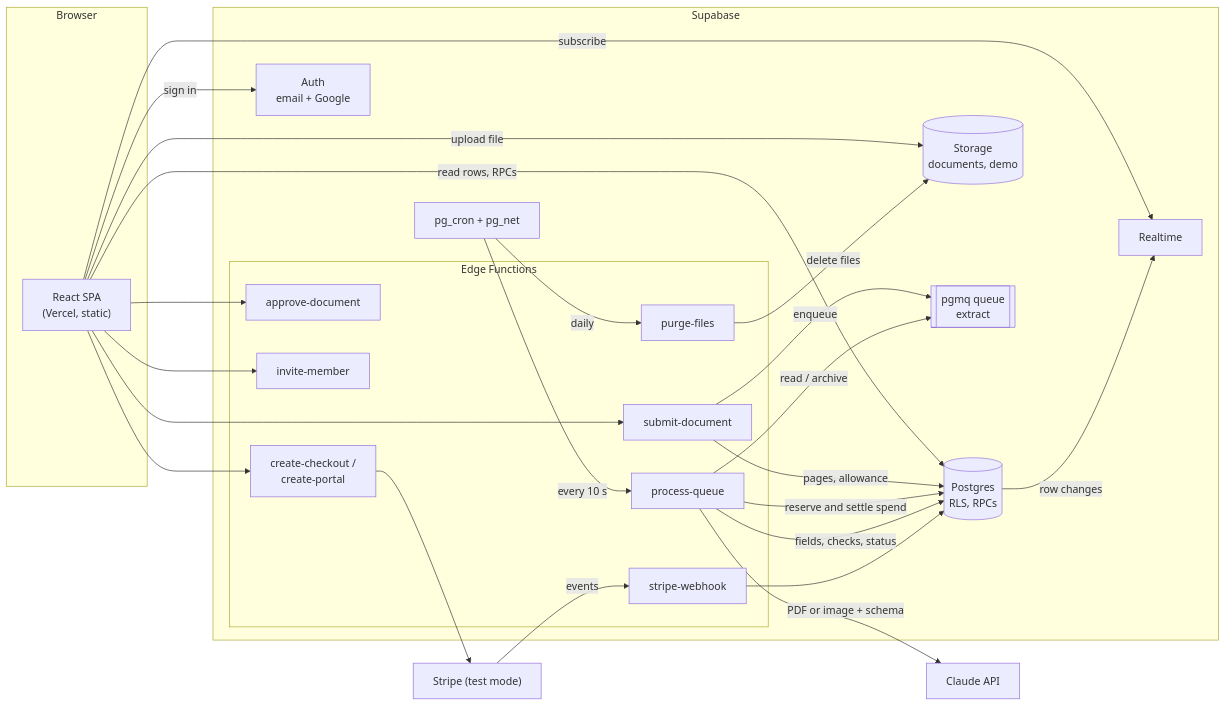
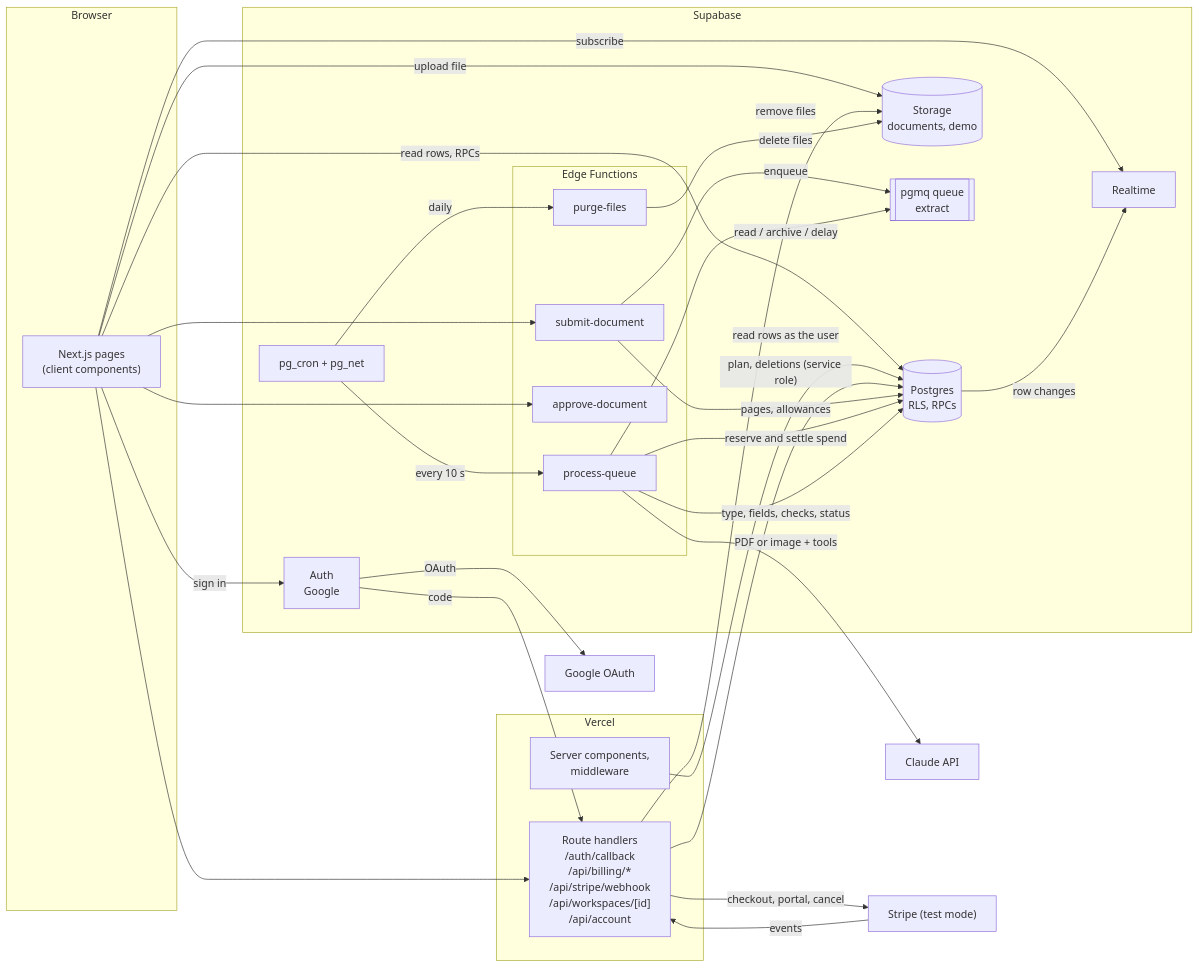
Before and after one commit to LucaFastDev/doc-extract: the first of 3 diagrams in docs/ARCHITECTURE.md, drawn with Mermaid. The commit also changed other lines of this file and 2 other files, not shown here.

First line of the commit message:
Apply the operator's answers of 2026-10-31 and move the stack to Next.js

````diff
--- a/docs/ARCHITECTURE.md
+++ b/docs/ARCHITECTURE.md
@@ -22,43 +27,50 @@
 ```mermaid
 flowchart LR
   subgraph Browser
-    SPA["React SPA<br/>(Vercel, static)"]
+    UI["Next.js pages<br/>(client components)"]
+  end
+  subgraph Vercel
+    SC["Server components,<br/>middleware"]
+    RH["Route handlers<br/>/auth/callback<br/>/api/billing/*<br/>/api/stripe/webhook<br/>/api/workspaces/[id]<br/>/api/account"]
   end
   subgraph Supabase
-    Auth["Auth<br/>email + Google"]
+    Auth["Auth<br/>Google"]
     DB[("Postgres<br/>RLS, RPCs")]
     ST[("Storage<br/>documents, demo")]
     RT["Realtime"]
     Q[["pgmq queue<br/>extract"]]
     CRON["pg_cron + pg_net"]
     subgraph EF["Edge Functions"]
       SUB["submit-document"]
       PQ["process-queue"]
       APR["approve-document"]
-      INV["invite-member"]
-      CHK["create-checkout /<br/>create-portal"]
-      WH["stripe-webhook"]
       PUR["purge-files"]
     end
   end
   Claude["Claude API"]
+  Google["Google OAuth"]
   Stripe["Stripe (test mode)"]
 
-  SPA -- sign in --> Auth
-  SPA -- upload file --> ST
-  SPA -- read rows, RPCs --> DB
-  SPA -- subscribe --> RT
-  SPA --> SUB & APR & INV & CHK
-  SUB -- pages, allowance --> DB
+  UI -- sign in --> Auth -- OAuth --> Google
+  Auth -- code --> RH
+  UI -- upload file --> ST
+  UI -- read rows, RPCs --> DB
+  UI -- subscribe --> RT
+  UI --> SUB & APR
+  UI --> RH
+  SC -- read rows as the user --> DB
+  RH -- checkout, portal, cancel --> Stripe
+  Stripe -- events --> RH
+  RH -- plan, deletions (service role) --> DB
+  RH -- remove files --> ST
+  SUB -- pages, allowances --> DB
   SUB -- enqueue --> Q
   CRON -- every 10 s --> PQ
   CRON -- daily --> PUR
-  PQ -- read / archive --> Q
+  PQ -- read / archive / delay --> Q
   PQ -- reserve and settle spend --> DB
-  PQ -- PDF or image + schema --> Claude
-  PQ -- fields, checks, status --> DB
+  PQ -- PDF or image + tools --> Claude
+  PQ -- type, fields, checks, status --> DB
   DB -- row changes --> RT
   PUR -- delete files --> ST
-  CHK --> Stripe
-  Stripe -- events --> WH --> DB
 ```
````
